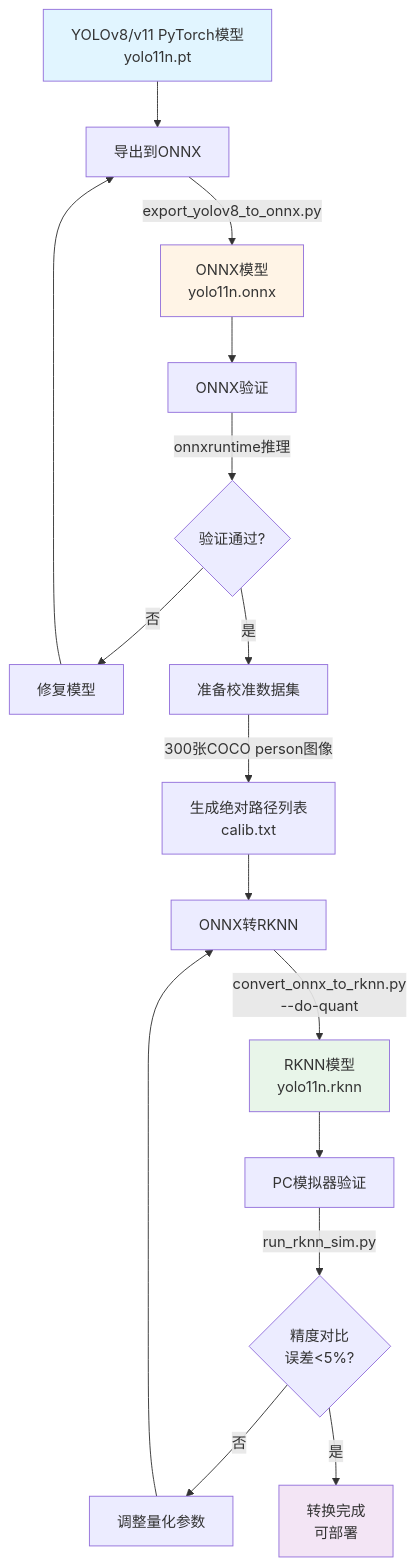
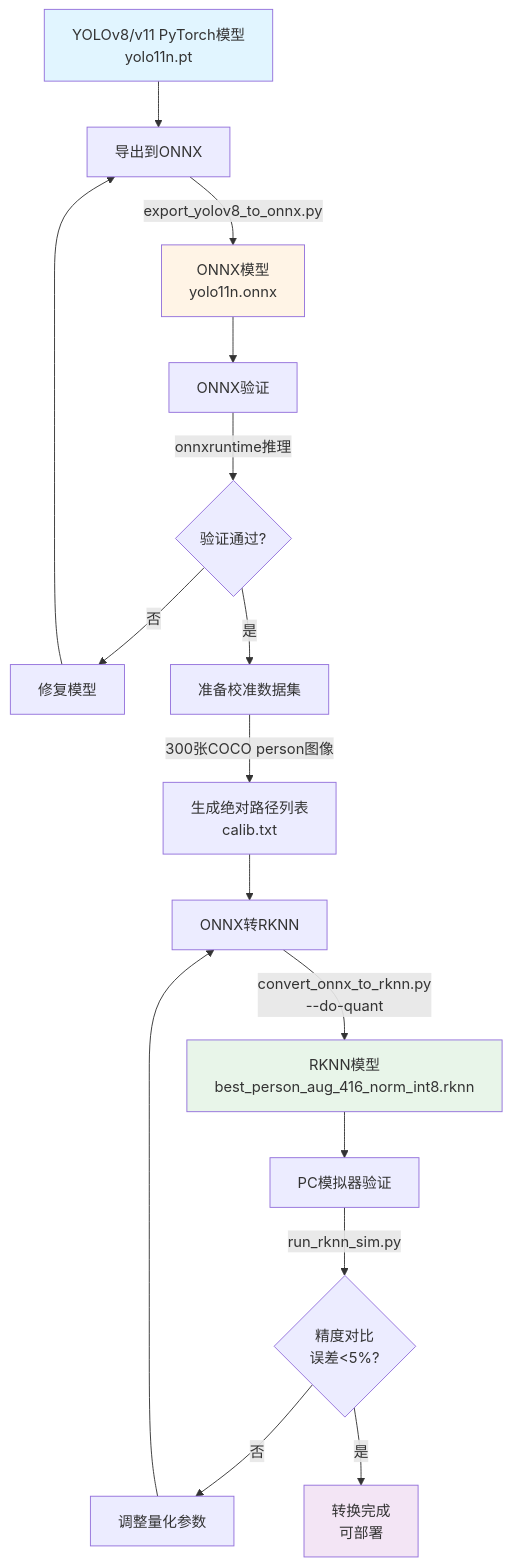
One commit to minsea01/rk-app changed the first of 10 diagrams in docs/项目流程框图.md. Above: the diagram before and after it, drawn with Mermaid. The commit also changed other lines of this file and 111 other files, not shown here.

````diff
--- a/docs/项目流程框图.md
+++ b/docs/项目流程框图.md
@@ -9,23 +9,23 @@
 ```mermaid
 graph TD
     A[YOLOv8/v11 PyTorch模型<br/>yolo11n.pt] --> B[导出到ONNX]
     B --> |export_yolov8_to_onnx.py| C[ONNX模型<br/>yolo11n.onnx]
     C --> D[ONNX验证]
     D --> |onnxruntime推理| E{验证通过?}
     E --> |否| F[修复模型]
     F --> B
     E --> |是| G[准备校准数据集]
     G --> |300张COCO person图像| H[生成绝对路径列表<br/>calib.txt]
     H --> I[ONNX转RKNN]
-    I --> |convert_onnx_to_rknn.py<br/>--do-quant| J[RKNN模型<br/>yolo11n.rknn]
+    I --> |convert_onnx_to_rknn.py<br/>--do-quant| J[RKNN模型<br/>best_person_aug_416_norm_int8.rknn]
     J --> K[PC模拟器验证]
     K --> |run_rknn_sim.py| L{精度对比<br/>误差<5%?}
     L --> |否| M[调整量化参数]
     M --> I
     L --> |是| N[转换完成<br/>可部署]
 
     style A fill:#e1f5ff
     style C fill:#fff4e6
     style J fill:#e8f5e9
     style N fill:#f3e5f5
 ```
````
